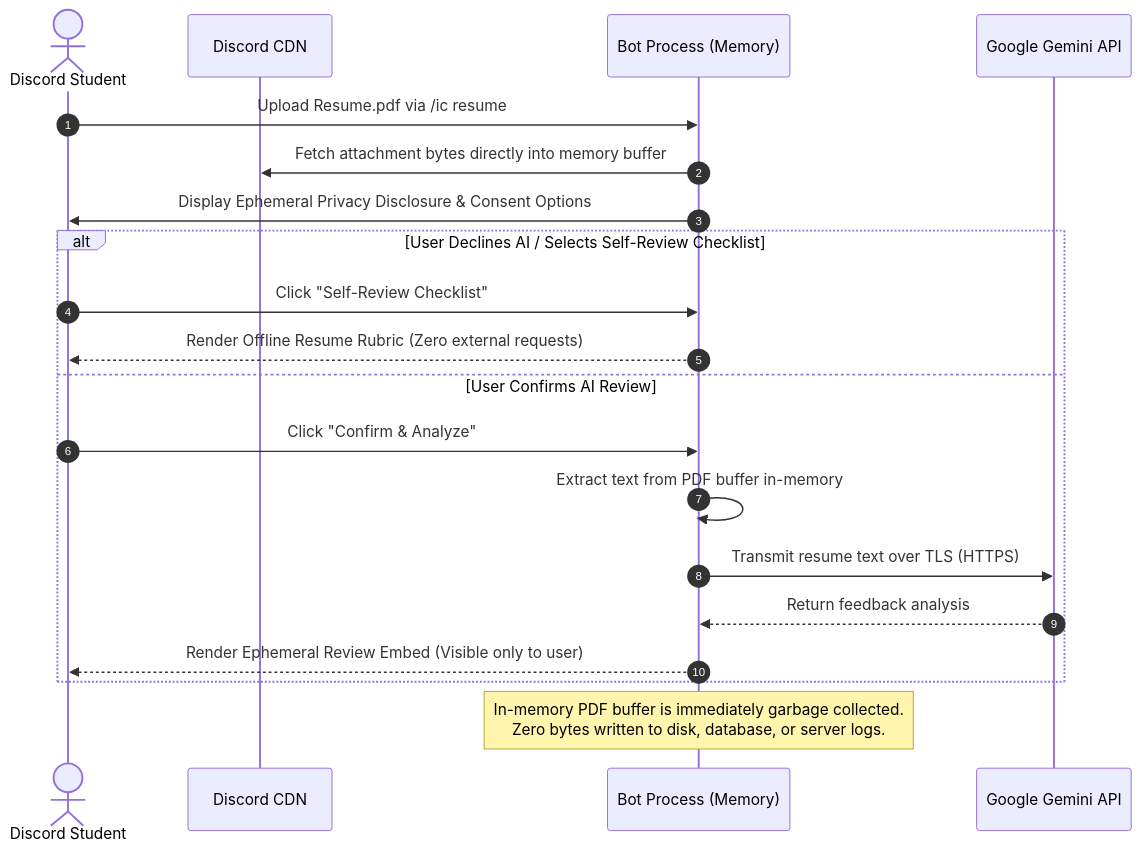
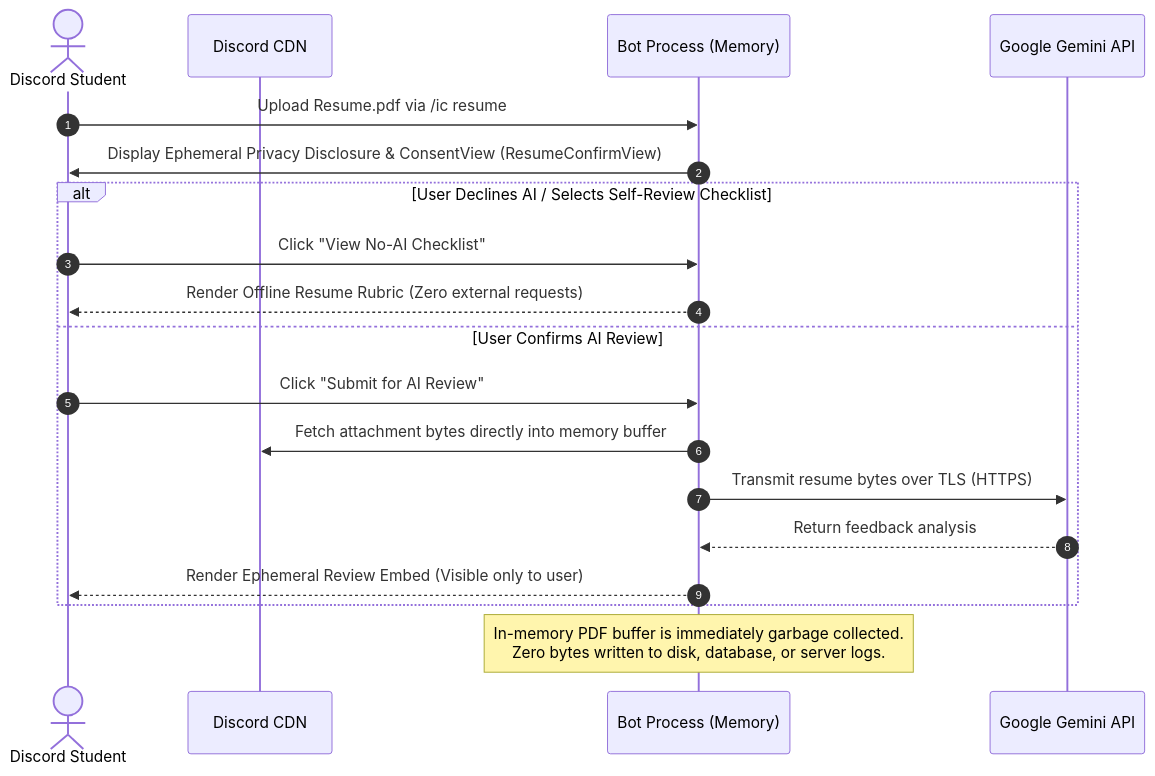
The diagram in docs/privacy.md (sukesan7/instigate-cafe-bot), drawn with Mermaid before and after one commit. The commit also changed other lines of this file and 2 other files, not shown here.

Commit message:
feat(docs): update docs with new inventoried and covered safe deletion information for privacy

````diff
--- a/docs/privacy.md
+++ b/docs/privacy.md
@@ -37,24 +47,23 @@
 ```mermaid
 sequenceDiagram
     autonumber
     actor User as Discord Student
     participant Discord as Discord CDN
     participant Bot as Bot Process (Memory)
     participant Gemini as Google Gemini API
 
     User->>Bot: Upload Resume.pdf via /ic resume
-    Bot->>Discord: Fetch attachment bytes directly into memory buffer
-    Bot->>User: Display Ephemeral Privacy Disclosure & Consent Options
+    Bot->>User: Display Ephemeral Privacy Disclosure & ConsentView (ResumeConfirmView)
     
     alt User Declines AI / Selects Self-Review Checklist
-        User->>Bot: Click "Self-Review Checklist"
+        User->>Bot: Click "View No-AI Checklist"
         Bot-->>User: Render Offline Resume Rubric (Zero external requests)
     else User Confirms AI Review
-        User->>Bot: Click "Confirm & Analyze"
-        Bot->>Bot: Extract text from PDF buffer in-memory
-        Bot->>Gemini: Transmit resume text over TLS (HTTPS)
+        User->>Bot: Click "Submit for AI Review"
+        Bot->>Discord: Fetch attachment bytes directly into memory buffer
+        Bot->>Gemini: Transmit resume bytes over TLS (HTTPS)
         Gemini-->>Bot: Return feedback analysis
         Bot-->>User: Render Ephemeral Review Embed (Visible only to user)
     end
     Note over Bot: In-memory PDF buffer is immediately garbage collected.<br/>Zero bytes written to disk, database, or server logs.
 ```
````
